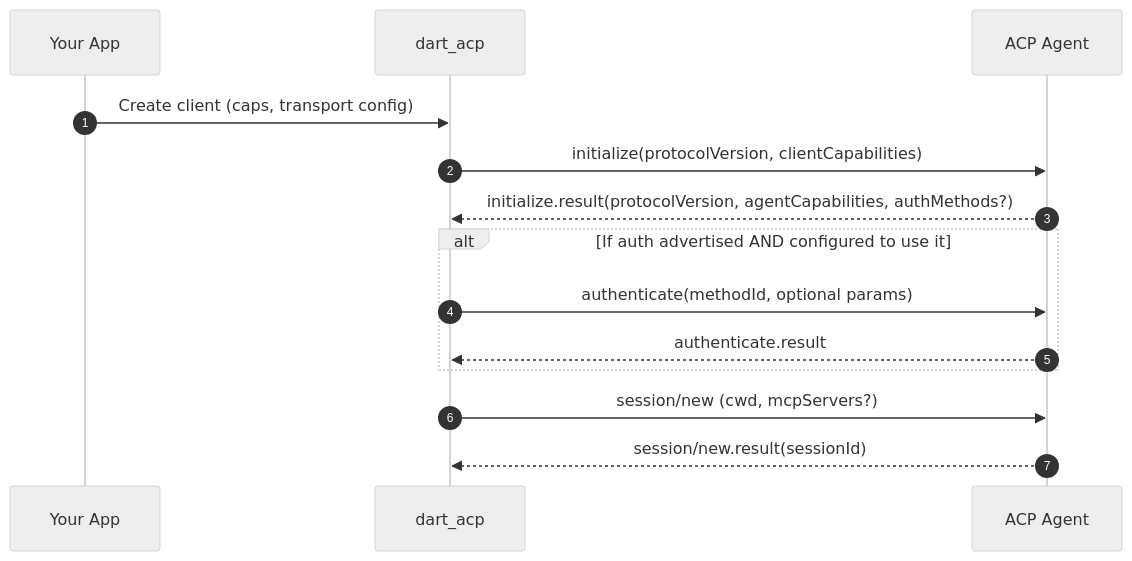
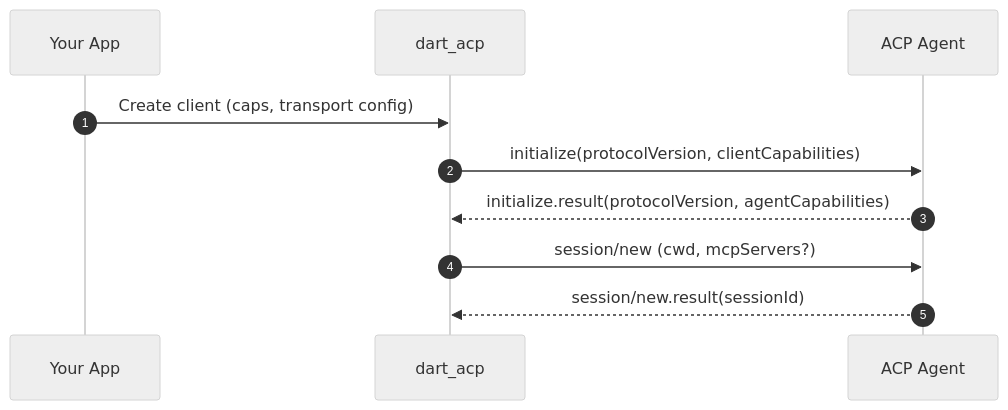
The second of 5 diagrams in specs/dart_acp_technical_design.md (csells/dart_acp), drawn with Mermaid (neutral theme) before and after one commit. The commit also changed other lines of this file and 12 other files, not shown here.

````diff
--- a/specs/dart_acp_technical_design.md
+++ b/specs/dart_acp_technical_design.md
@@ -97,17 +96,13 @@
 ```mermaid
 sequenceDiagram
   autonumber
   participant App as Your App
   participant Lib as dart_acp
   participant Agent as ACP Agent
 
   App->>Lib: Create client (caps, transport config)
   Lib->>Agent: initialize(protocolVersion, clientCapabilities)
-  Agent-->>Lib: initialize.result(protocolVersion, agentCapabilities, authMethods?)
-  alt If auth advertised AND configured to use it
-    Lib->>Agent: authenticate(methodId, optional params)
-    Agent-->>Lib: authenticate.result
-  end
+  Agent-->>Lib: initialize.result(protocolVersion, agentCapabilities)
   Lib->>Agent: session/new (cwd, mcpServers?)
   Agent-->>Lib: session/new.result(sessionId)
 ```
````
